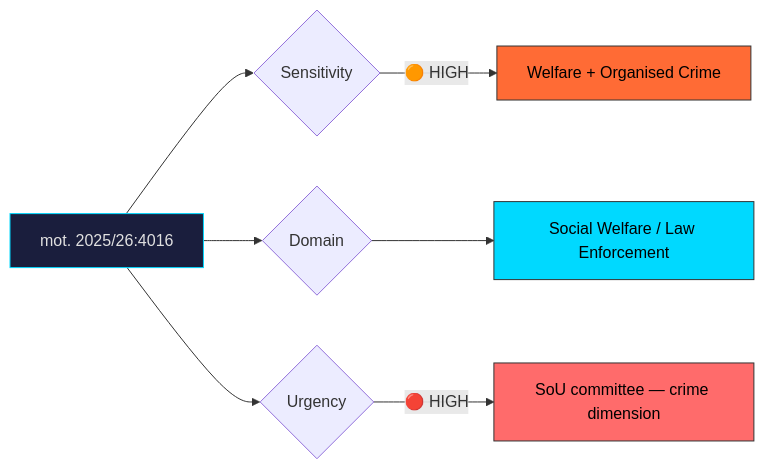
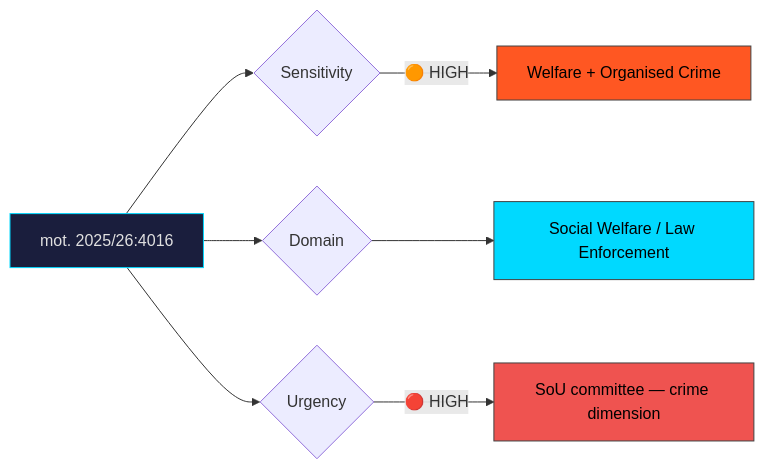
The diagram in analysis/daily/2026-04-10/motions/documents/hd024016-analysis.md (Hack23/riksdagsmonitor), drawn with Mermaid before and after one commit. The commit also changed 785 other files, not shown here.

First line of the commit message:
Normalize mermaid colors across 786 analysis artifacts to ISMS Style Guide palette

````diff
--- a/analysis/daily/2026-04-10/motions/documents/hd024016-analysis.md
+++ b/analysis/daily/2026-04-10/motions/documents/hd024016-analysis.md
@@ -22,13 +22,13 @@
 ```mermaid
 graph LR
     A["mot. 2025/26:4016"] --> B{Sensitivity}
     B -->|"🟠 HIGH"| C["Welfare + Organised Crime"]
     A --> D{Domain}
     D --> E["Social Welfare / Law Enforcement"]
     A --> F{Urgency}
     F -->|"🔴 HIGH"| G["SoU committee — crime dimension"]
     style A fill:#1a1e3d,stroke:#00d9ff,color:#e0e0e0
-    style C fill:#ff6b35,stroke:#333,color:#000
-    style E fill:#00d9ff,stroke:#333,color:#000
-    style G fill:#ff6b6b,stroke:#333,color:#000
+    style C fill:#FF5722,stroke:#424242,color:#000000
+    style E fill:#00d9ff,stroke:#424242,color:#000000
+    style G fill:#EF5350,stroke:#424242,color:#000000
 ```
````
